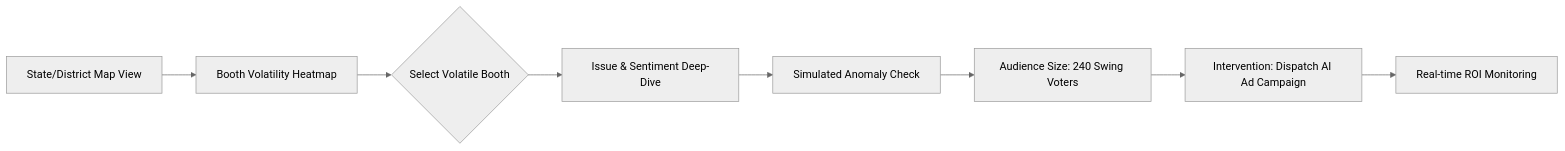
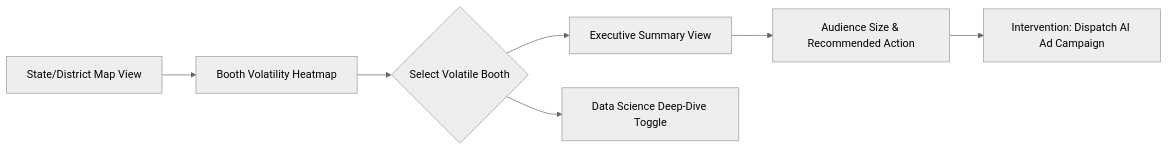
One commit to pramodcbabu/debaz changed the diagram in nethra/docs/visualization_specs.md. Above: the diagram before and after it, drawn with Mermaid (neutral theme). The commit also changed other lines of this file and 4 other files, not shown here.

Commit message:
Nethra Iteration 1: Enriched documentation for Political IT Cells and ML Engineering teams, including real-world data source research

````diff
--- a/nethra/docs/visualization_specs.md
+++ b/nethra/docs/visualization_specs.md
@@ -4,10 +6,9 @@
 ```mermaid
 graph LR
     A[State/District Map View] --> B[Booth Volatility Heatmap]
     B --> C{Select Volatile Booth}
-    C --> D[Issue & Sentiment Deep-Dive]
-    D --> E[Simulated Anomaly Check]
-    E --> F[Audience Size: 240 Swing Voters]
+    C --> D[Executive Summary View]
+    C --> E[Data Science Deep-Dive Toggle]
+    D --> F[Audience Size & Recommended Action]
     F --> G[Intervention: Dispatch AI Ad Campaign]
-    G --> H[Real-time ROI Monitoring]
 ```
````
